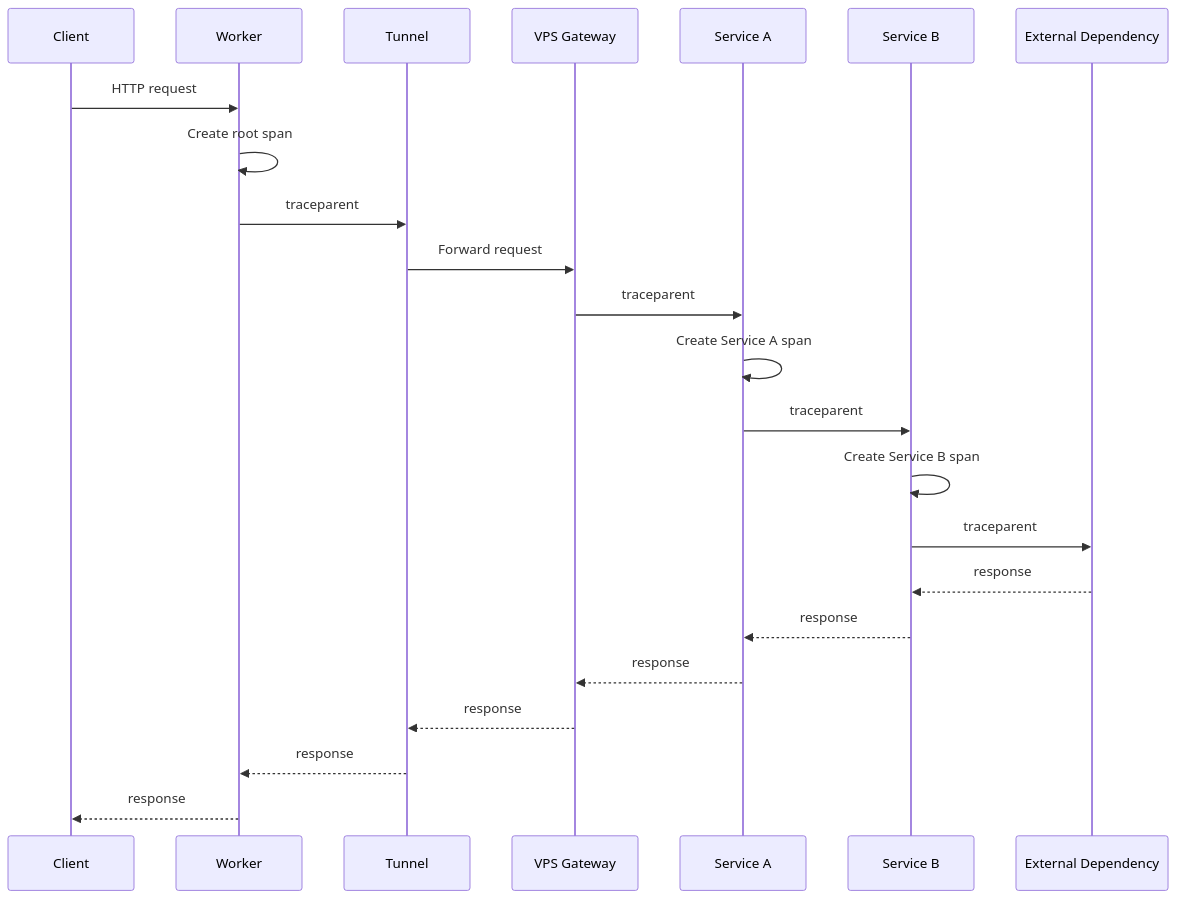
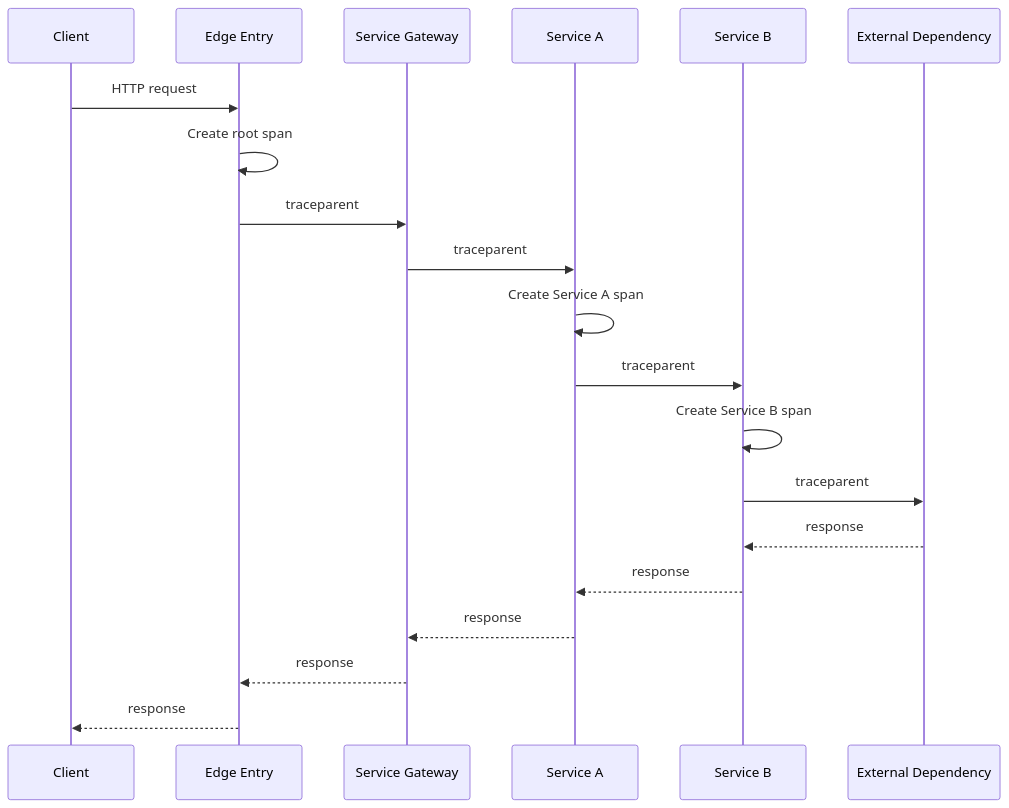
Before and after one commit to Liyuk/liyuk.github.io: the first of 6 diagrams in src/content/writing/2026/08/from-request-id-to-trace-system/zh.md, drawn with Mermaid. The commit also changed other lines of this file and 11 other files, not shown here.

````diff
--- a/src/content/writing/2026/08/from-request-id-to-trace-system/zh.md
+++ b/src/content/writing/2026/08/from-request-id-to-trace-system/zh.md
@@ -102,26 +101,23 @@
 ```mermaid
 sequenceDiagram
     participant C as Client
-    participant W as Worker
-    participant T as Tunnel
-    participant G as VPS Gateway
+    participant E as Edge Entry
+    participant G as Service Gateway
     participant A as Service A
     participant B as Service B
     participant U as External Dependency
 
-    C->>W: HTTP request
-    W->>W: Create root span
-    W->>T: traceparent
-    T->>G: Forward request
+    C->>E: HTTP request
+    E->>E: Create root span
+    E->>G: traceparent
     G->>A: traceparent
     A->>A: Create Service A span
     A->>B: traceparent
     B->>B: Create Service B span
     B->>U: traceparent
     U-->>B: response
     B-->>A: response
     A-->>G: response
-    G-->>T: response
-    T-->>W: response
-    W-->>C: response
+    G-->>E: response
+    E-->>C: response
 ```
````
